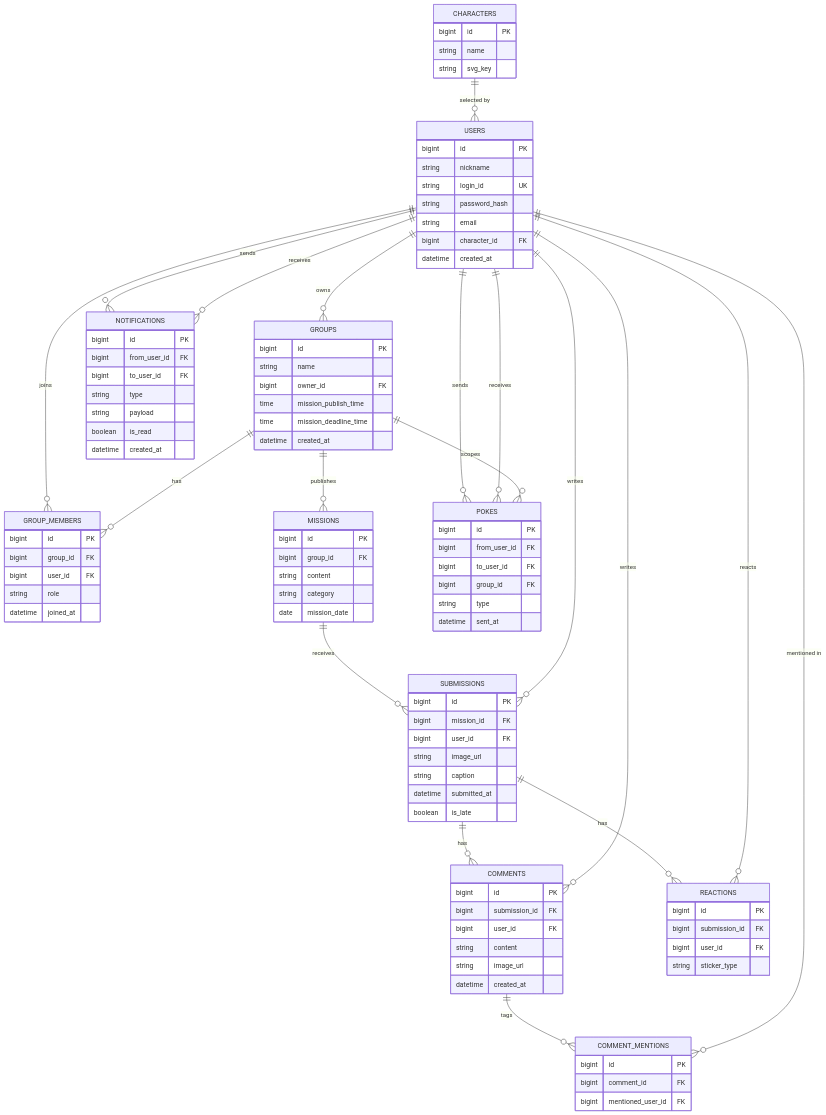
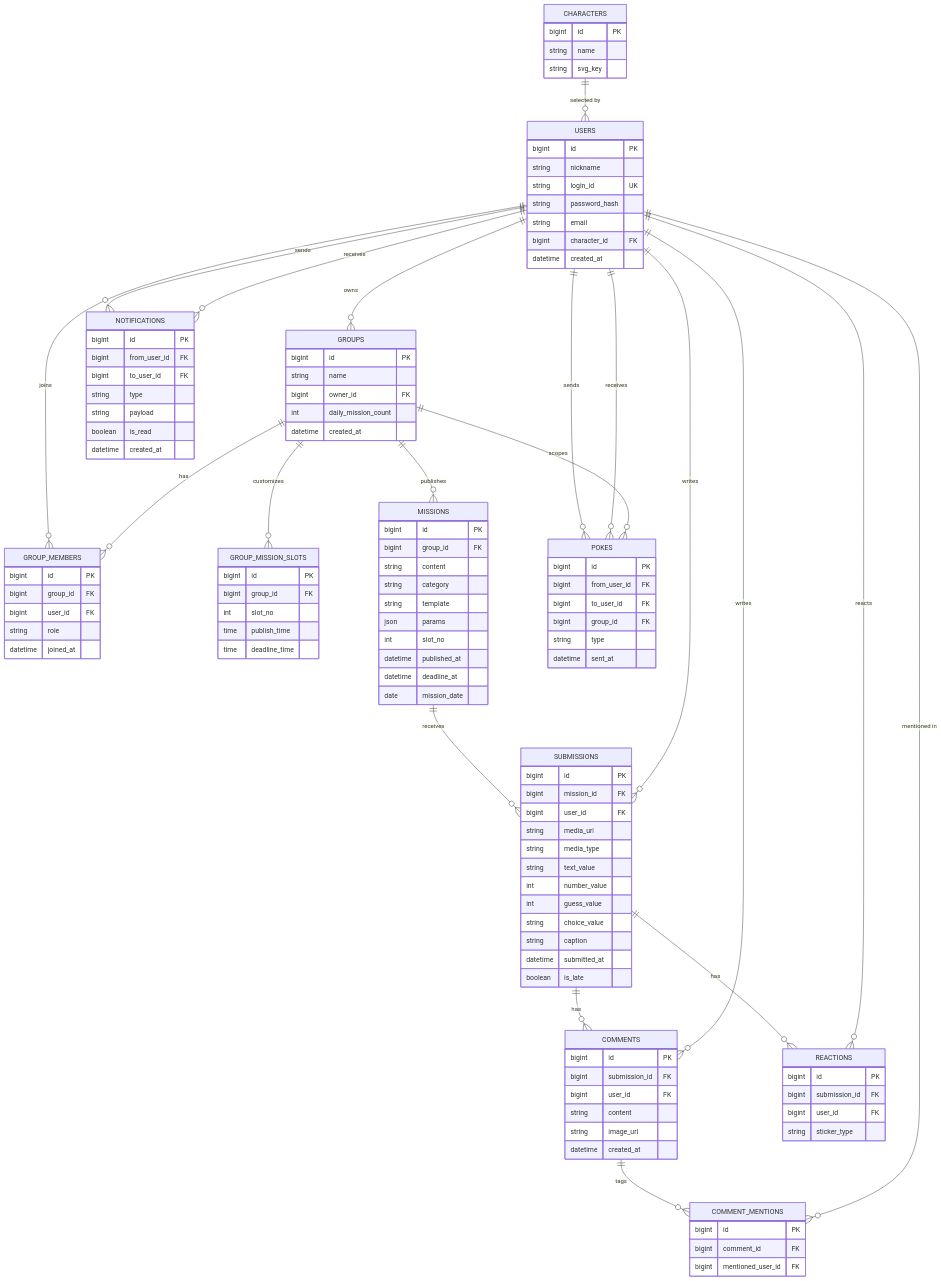
One commit to Maenghansoo1/Sapphire changed the diagram in docs/DB/DB_DESIGN_ver0.1.md. Above: the diagram before and after it, drawn with Mermaid. The commit also changed other lines of this file and 5 other files, not shown here.

```diff
--- a/docs/DB/DB_DESIGN_ver0.1.md
+++ b/docs/DB/DB_DESIGN_ver0.1.md
@@ -8,6 +8,7 @@
   USERS ||--o{ GROUPS : owns
   USERS ||--o{ GROUP_MEMBERS : joins
   GROUPS ||--o{ GROUP_MEMBERS : has
+  GROUPS ||--o{ GROUP_MISSION_SLOTS : customizes
   GROUPS ||--o{ MISSIONS : publishes
   MISSIONS ||--o{ SUBMISSIONS : receives
   USERS ||--o{ SUBMISSIONS : writes
@@ -36,9 +37,15 @@
     bigint id PK
     string name
     bigint owner_id FK
-    time mission_publish_time
-    time mission_deadline_time
+    int daily_mission_count
     datetime created_at
+  }
+  GROUP_MISSION_SLOTS {
+    bigint id PK
+    bigint group_id FK
+    int slot_no
+    time publish_time
+    time deadline_time
   }
   GROUP_MEMBERS {
     bigint id PK
@@ -52,13 +59,23 @@
     bigint group_id FK
     string content
     string category
+    string template
+    json params
+    int slot_no
+    datetime published_at
+    datetime deadline_at
     date mission_date
   }
   SUBMISSIONS {
     bigint id PK
     bigint mission_id FK
     bigint user_id FK
-    string image_url
+    string media_url
+    string media_type
+    string text_value
+    int number_value
+    int guess_value
+    string choice_value
     string caption
     datetime submitted_at
     boolean is_late
```
